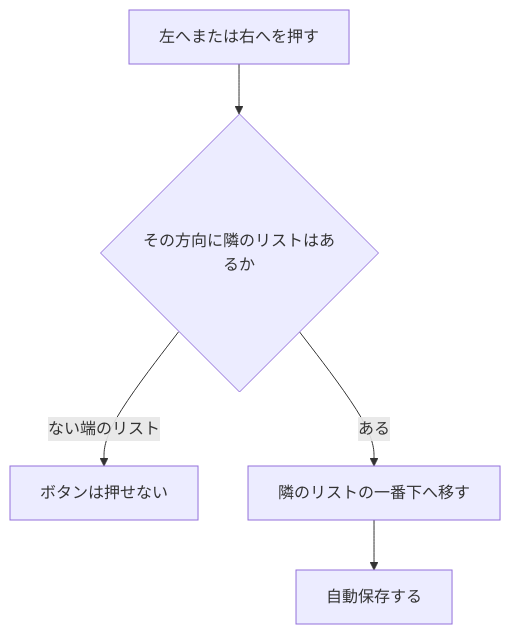
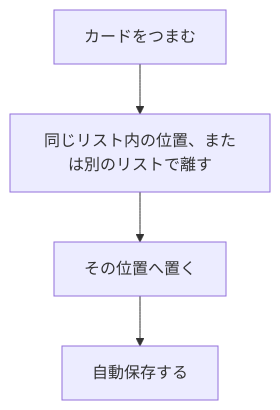
Before and after one commit to pfgnsb/kadai-kanri-board: the fifth of 7 diagrams in ドキュメント/機能要件定義書.md, drawn with Mermaid. The commit also changed other lines of this file and 21 other files, not shown here.

````diff
--- a/ドキュメント/機能要件定義書.md
+++ b/ドキュメント/機能要件定義書.md
@@ -214,7 +216,6 @@
 ```mermaid
 flowchart TD
-  a[左へまたは右へを押す] --> b{その方向に隣のリストはあるか}
-  b -->|ない端のリスト| c[ボタンは押せない]
-  b -->|ある| d[隣のリストの一番下へ移す]
-  d --> e[自動保存する]
+  a[カードをつまむ] --> b[同じリスト内の位置、または別のリストで離す]
+  b --> c[その位置へ置く]
+  c --> d[自動保存する]
 ```
````
